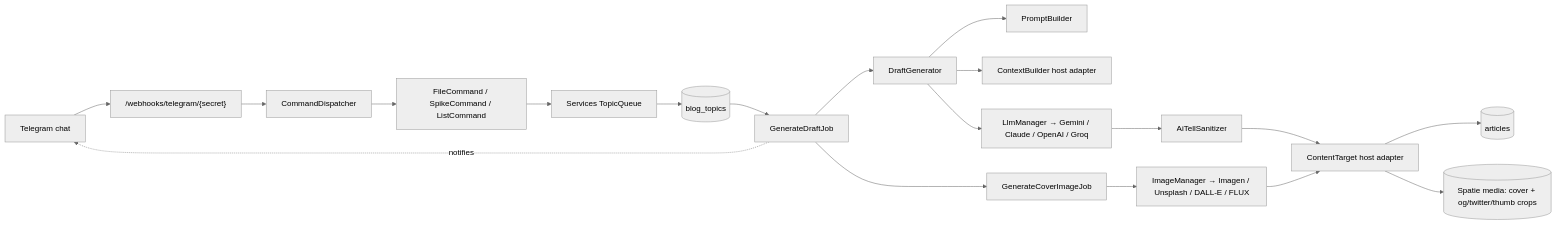
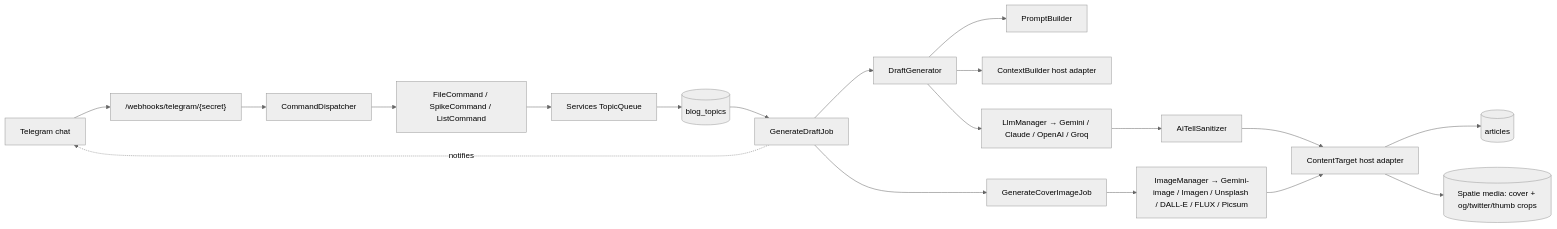
Before and after one commit to GiorgiGrdzelidze/laravel-stringer: the diagram in README.md, drawn with Mermaid (neutral theme). The commit also changed other lines of this file and 1 other file, not shown here.

````diff
--- a/README.md
+++ b/README.md
@@ -116,21 +116,21 @@
 ```mermaid
 flowchart LR
   TG[Telegram chat] --> WH["/webhooks/telegram/{secret}"]
   WH --> Disp[CommandDispatcher]
   Disp --> Cmd[FileCommand / SpikeCommand / ListCommand]
   Cmd --> Q[Services TopicQueue]
   Q --> BT[(blog_topics)]
   BT --> Job[GenerateDraftJob]
   Job --> Gen[DraftGenerator]
   Gen --> PB[PromptBuilder]
   Gen --> Ctx[ContextBuilder host adapter]
   Gen --> Llm[LlmManager → Gemini / Claude / OpenAI / Groq]
   Llm --> San[AiTellSanitizer]
   San --> Tgt[ContentTarget host adapter]
   Tgt --> Art[(articles)]
   Job --> CIJ[GenerateCoverImageJob]
-  CIJ --> IM[ImageManager → Imagen / Unsplash / DALL-E / FLUX]
+  CIJ --> IM[ImageManager → Gemini-image / Imagen / Unsplash / DALL-E / FLUX / Picsum]
   IM --> Tgt
   Tgt --> Media[(Spatie media: cover + og/twitter/thumb crops)]
   Job -. notifies .-> TG
 ```
````
